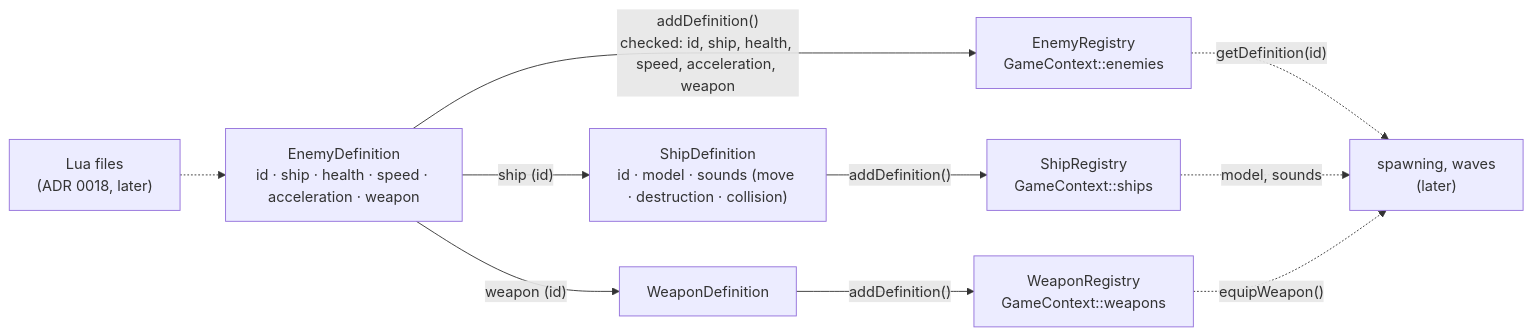
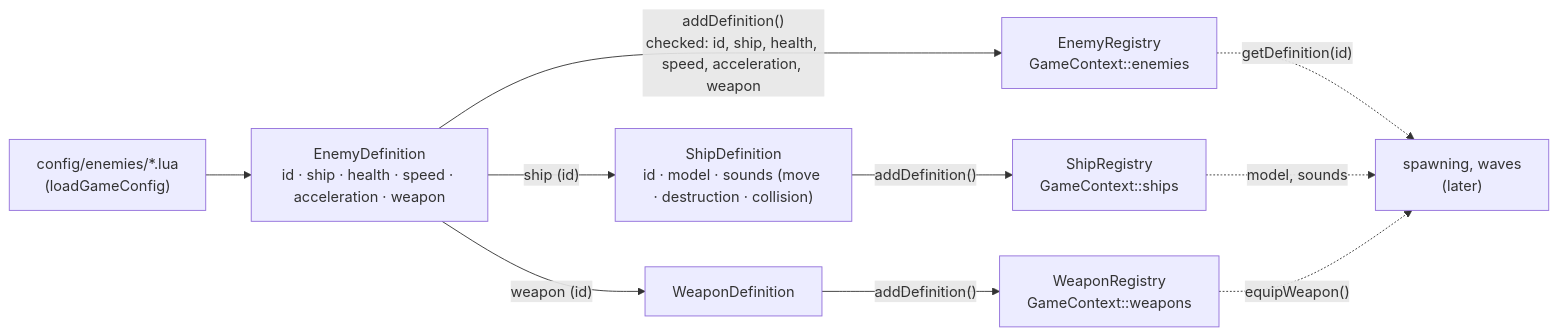
One commit to Akinator31/Rtype changed the seventh of 9 diagrams in docs/architecture/game.md. Above: the diagram before and after it, drawn with Mermaid. The commit also changed other lines of this file and 6 other files, not shown here.

````diff
--- a/docs/architecture/game.md
+++ b/docs/architecture/game.md
@@ -315,13 +315,13 @@
 ```mermaid
 flowchart LR
-    Lua["Lua files<br/>(ADR 0018, later)"] -.-> Def
+    Lua["config/enemies/*.lua<br/>(loadGameConfig)"] --> Def
     Def["EnemyDefinition<br/>id · ship · health · speed · acceleration · weapon"]
     Def -- "addDefinition()<br/>checked: id, ship, health, speed, acceleration, weapon" --> Reg["EnemyRegistry<br/>GameContext::enemies"]
     Def -- "ship (id)" --> SDef["ShipDefinition<br/>id · model · sounds (move · destruction · collision)"]
     SDef -- "addDefinition()" --> SReg["ShipRegistry<br/>GameContext::ships"]
     Def -- "weapon (id)" --> WDef["WeaponDefinition"]
     WDef -- "addDefinition()" --> WReg["WeaponRegistry<br/>GameContext::weapons"]
     Reg -. "getDefinition(id)" .-> Spawn["spawning, waves<br/>(later)"]
     SReg -. "model, sounds" .-> Spawn
     WReg -. "equipWeapon()" .-> Spawn
 ```
````
